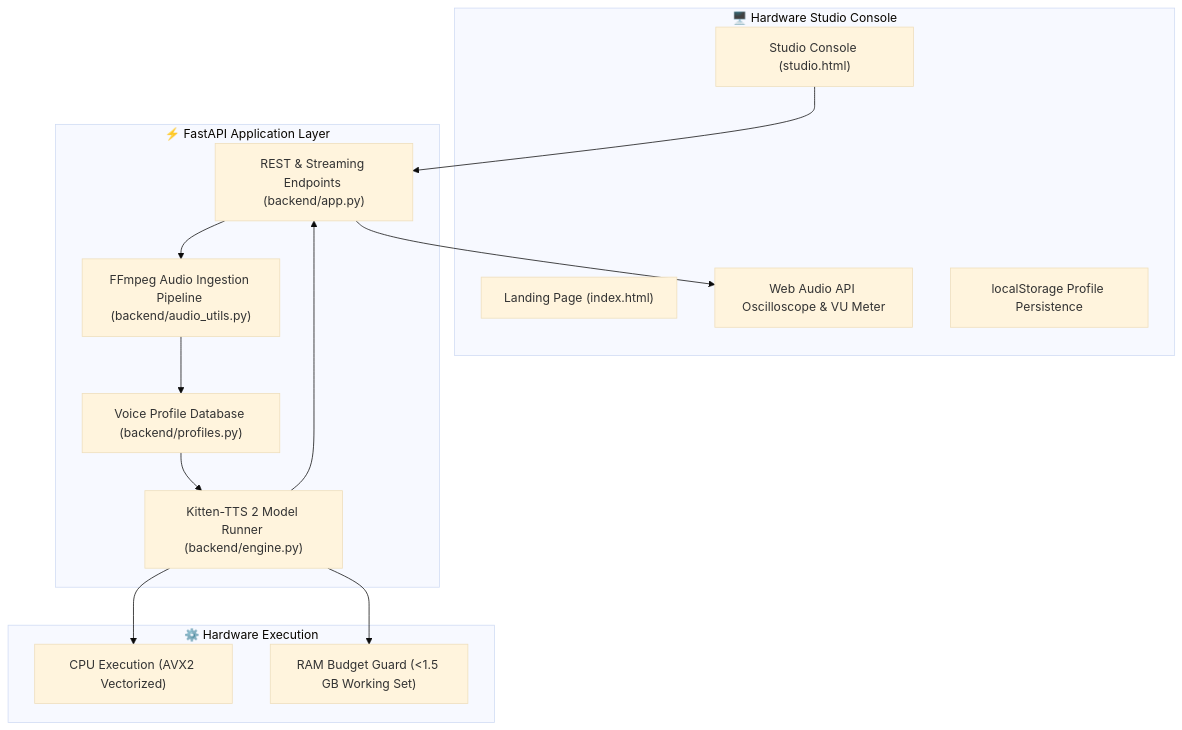
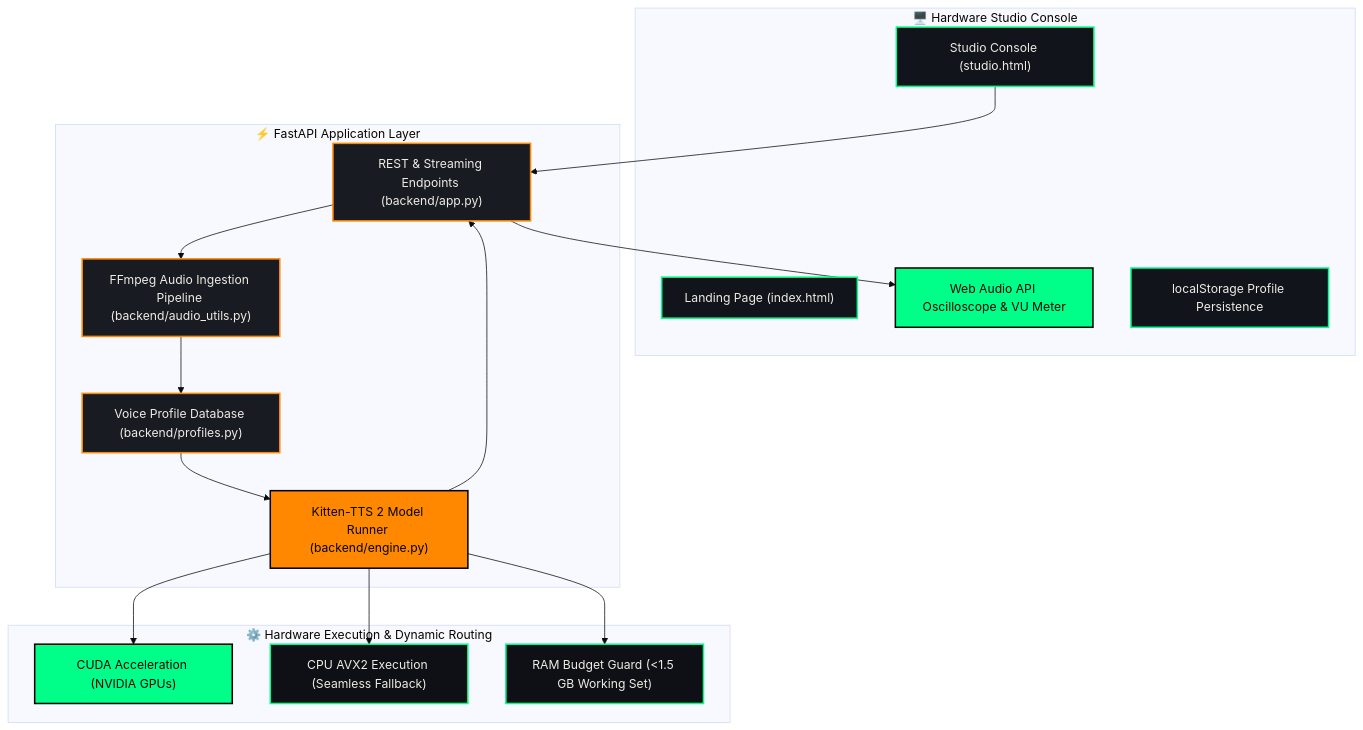
One commit to SahooShuvranshu/KittenTTS-Studio changed the diagram in README.md. Above: the diagram before and after it, drawn with Mermaid (base theme). The commit also changed other lines of this file and 6 other files, not shown here.

Commit message:
feat(docs): add visitor counter, star history, colored architecture, and update attribution to Built with ❤️ and ☕ by Shuvransu & Antigravity

````diff
--- a/README.md
+++ b/README.md
@@ -73,30 +80,38 @@
 ```mermaid
 flowchart TD
+    classDef frontend fill:#11141b,stroke:#00ff88,stroke-width:2px,color:#eeebe3
+    classDef backend fill:#181b22,stroke:#ff8800,stroke-width:2px,color:#eeebe3
+    classDef hardware fill:#0e1016,stroke:#00ff88,stroke-width:2px,color:#eeebe3
+    classDef accent fill:#00ff88,stroke:#000000,stroke-width:2px,color:#050608
+    classDef amber fill:#ff8800,stroke:#000000,stroke-width:2px,color:#050608
+
     subgraph Frontend["🖥️ Hardware Studio Console"]
-        Landing["Landing Page (index.html)"]
-        Studio["Studio Console (studio.html)"]
-        Oscilloscope["Web Audio API Oscilloscope & VU Meter"]
-        ProfileMemory["localStorage Profile Persistence"]
+        Landing["Landing Page (index.html)"]:::frontend
+        Studio["Studio Console (studio.html)"]:::frontend
+        Oscilloscope["Web Audio API Oscilloscope & VU Meter"]:::accent
+        ProfileMemory["localStorage Profile Persistence"]:::frontend
     end
 
     subgraph Backend["⚡ FastAPI Application Layer"]
-        Router["REST & Streaming Endpoints (backend/app.py)"]
-        AudioPipeline["FFmpeg Audio Ingestion Pipeline (backend/audio_utils.py)"]
-        ProfileStore["Voice Profile Database (backend/profiles.py)"]
-        KittenEngine["Kitten-TTS 2 Model Runner (backend/engine.py)"]
+        Router["REST & Streaming Endpoints (backend/app.py)"]:::backend
+        AudioPipeline["FFmpeg Audio Ingestion Pipeline (backend/audio_utils.py)"]:::backend
+        ProfileStore["Voice Profile Database (backend/profiles.py)"]:::backend
+        KittenEngine["Kitten-TTS 2 Model Runner (backend/engine.py)"]:::amber
     end
 
-    subgraph Hardware["⚙️ Hardware Execution"]
-        CPU["CPU Execution (AVX2 Vectorized)"]
-        RAM["RAM Budget Guard (<1.5 GB Working Set)"]
+    subgraph Hardware["⚙️ Hardware Execution & Dynamic Routing"]
+        GPU["CUDA Acceleration (NVIDIA GPUs)"]:::accent
+        CPU["CPU AVX2 Execution (Seamless Fallback)"]:::hardware
+        RAM["RAM Budget Guard (<1.5 GB Working Set)"]:::hardware
     end
 
     Studio --> Router
     Router --> AudioPipeline
     AudioPipeline --> ProfileStore
     ProfileStore --> KittenEngine
+    KittenEngine --> GPU
     KittenEngine --> CPU
     KittenEngine --> RAM
     KittenEngine --> Router
     Router --> Oscilloscope
 ```
````
